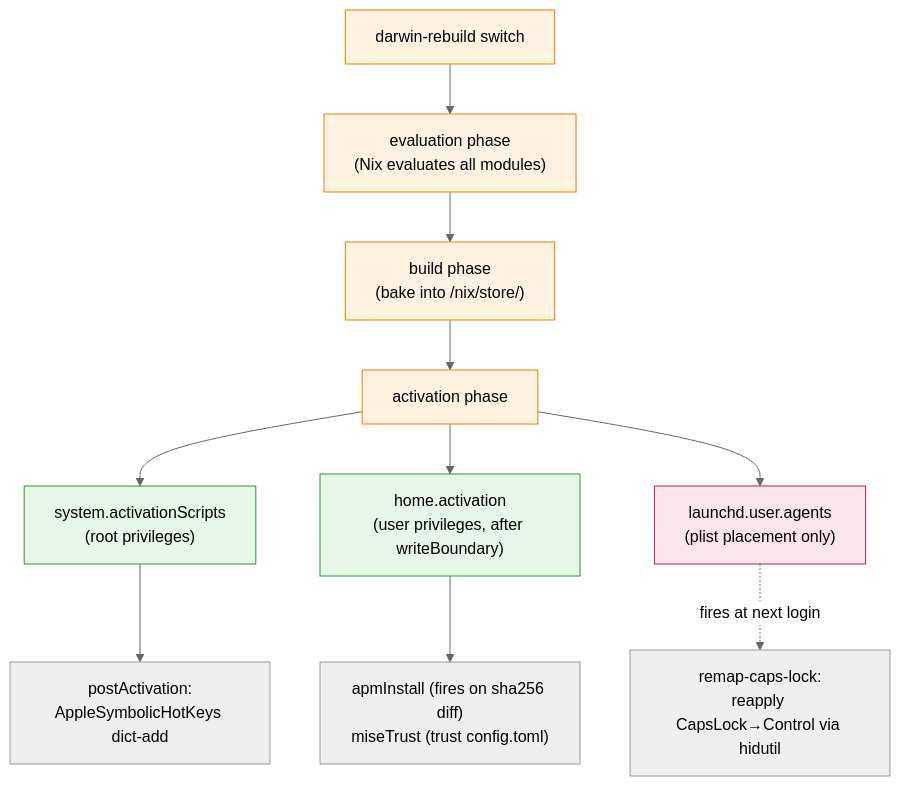
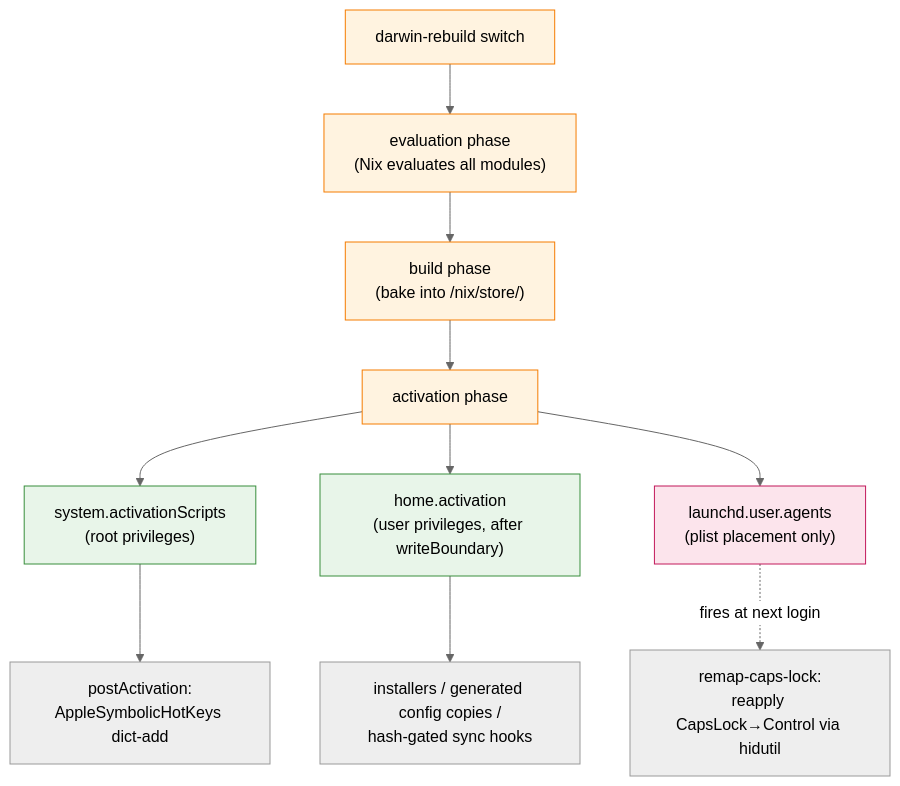
One commit to danimal141/dotfiles changed the third of 3 diagrams in docs/design-philosophy.md. Above: the diagram before and after it, drawn with Mermaid (neutral theme). The commit also changed other lines of this file and 14 other files, not shown here.

````diff
--- a/docs/design-philosophy.md
+++ b/docs/design-philosophy.md
@@ -146,21 +146,21 @@
 ```mermaid
 flowchart TB
     classDef phase fill:#fff3e0,stroke:#f57c00,color:#000
     classDef hook fill:#e8f5e9,stroke:#388e3c,color:#000
     classDef agent fill:#fce4ec,stroke:#c2185b,color:#000
 
     DR["darwin-rebuild switch"]:::phase
     Eval["evaluation phase<br/>(Nix evaluates all modules)"]:::phase
     Build["build phase<br/>(bake into /nix/store/)"]:::phase
     Act["activation phase"]:::phase
 
     DR --> Eval --> Build --> Act
 
     Act --> Sys["system.activationScripts<br/>(root privileges)"]:::hook
     Act --> Home["home.activation<br/>(user privileges, after writeBoundary)"]:::hook
     Act --> LA["launchd.user.agents<br/>(plist placement only)"]:::agent
 
     Sys --> SysHook["postActivation:<br/>AppleSymbolicHotKeys dict-add"]
-    Home --> HomeHook["apmInstall (fires on sha256 diff)<br/>miseTrust (trust config.toml)"]
+    Home --> HomeHook["installers / generated config copies /<br/>hash-gated sync hooks"]
     LA -.->|"fires at next login"| LAHook["remap-caps-lock:<br/>reapply CapsLock→Control via hidutil"]
 ```
````
